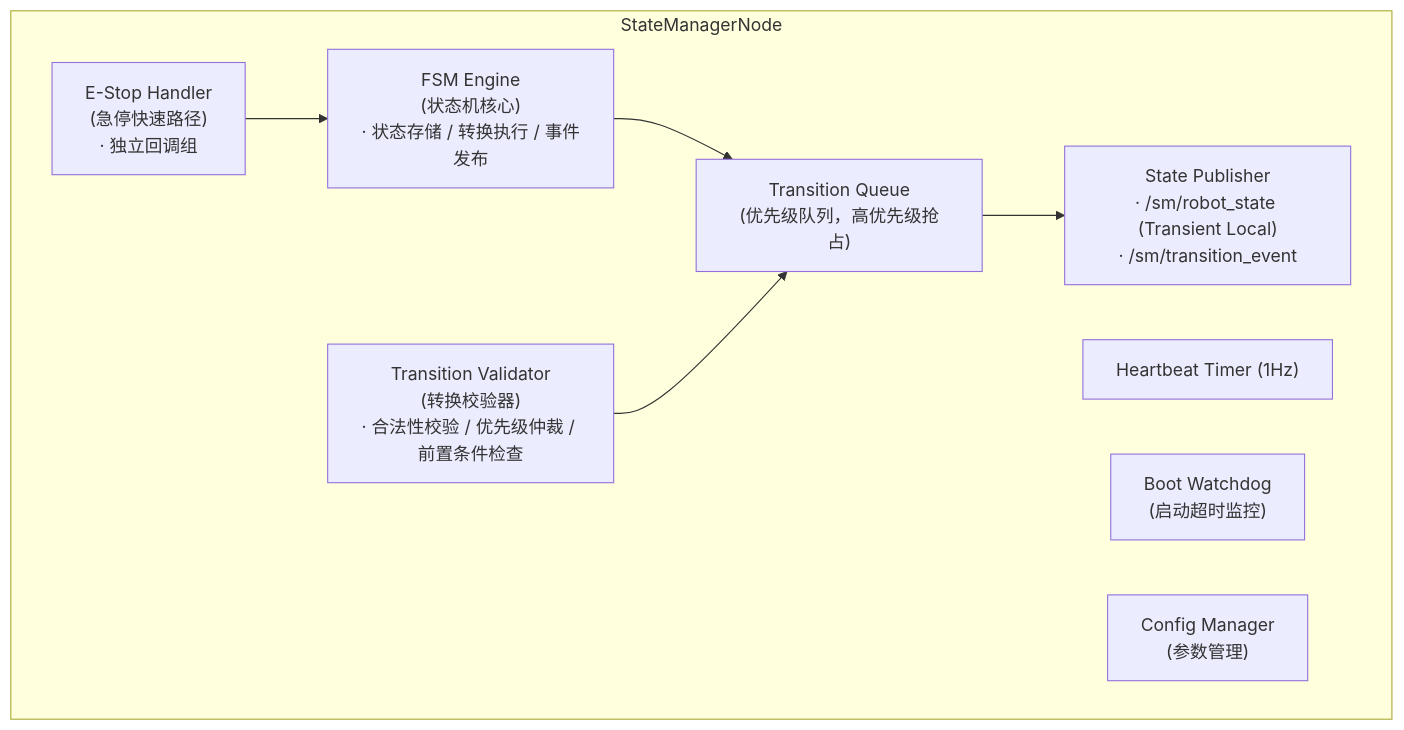
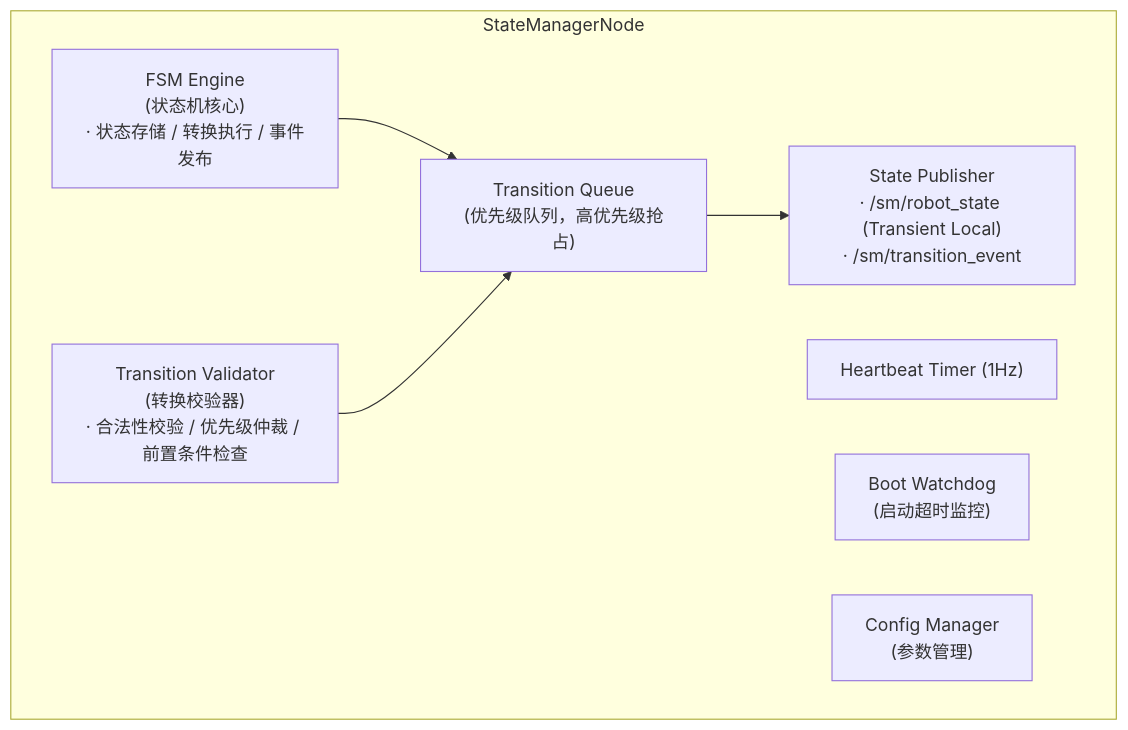
Before and after one commit to Tomaxwell/HomoBot: the second of 4 diagrams in design/layer_06_middleware/sm_design.md, drawn with Mermaid. The commit also changed other lines of this file and 66 other files, not shown here.

````diff
--- a/design/layer_06_middleware/sm_design.md
+++ b/design/layer_06_middleware/sm_design.md
@@ -471,29 +333,25 @@
 ```mermaid
 flowchart TB
     subgraph SMNode["StateManagerNode"]
         FSM["FSM Engine
 (状态机核心)
 · 状态存储 / 转换执行 / 事件发布"]
         Validator["Transition Validator
 (转换校验器)
 · 合法性校验 / 优先级仲裁 / 前置条件检查"]
         Queue["Transition Queue
 (优先级队列，高优先级抢占)"]
         Publisher["State Publisher
 · /sm/robot_state (Transient Local)
 · /sm/transition_event"]
-        EStop["E-Stop Handler
-(急停快速路径)
-· 独立回调组"]
         Heartbeat["Heartbeat Timer (1Hz)"]
         Watchdog["Boot Watchdog
 (启动超时监控)"]
         Config["Config Manager
 (参数管理)"]
 
         FSM --> Queue
         Validator --> Queue
         Queue --> Publisher
-        EStop --> FSM
     end
 ```
````
